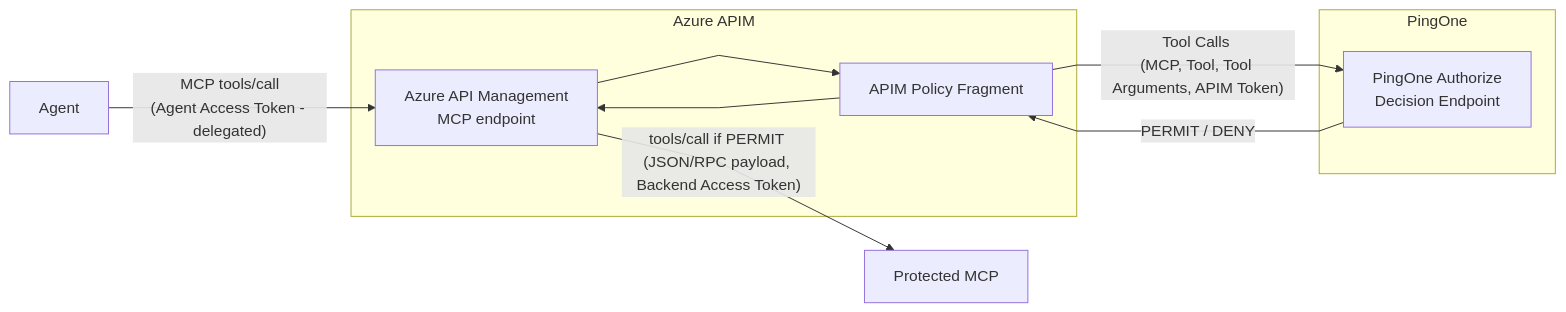
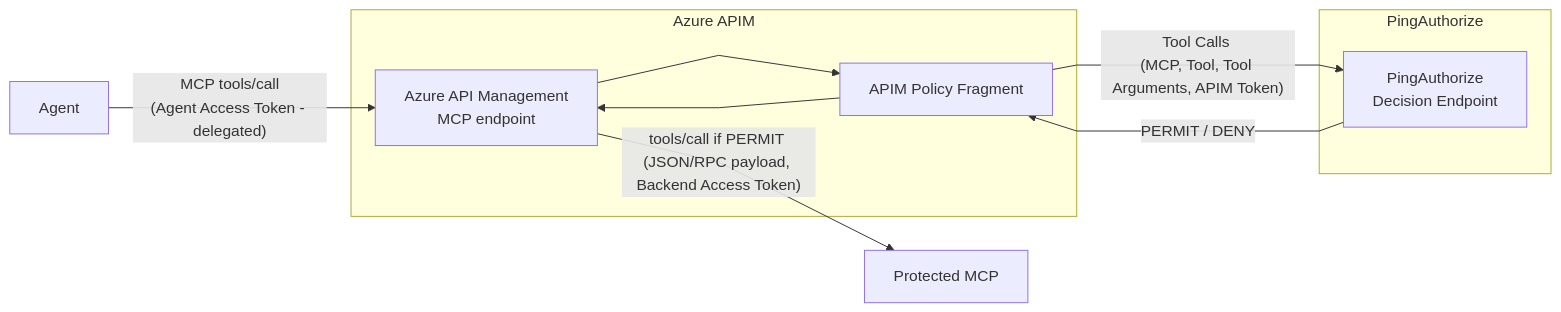
One commit to carbonefederico/blog-content changed the diagram in _posts/2026-08-04-centralizing-mcp-authorization-with-p1authorize-part-1-azure-apim.md. Above: the diagram before and after it, drawn with Mermaid. The commit also changed other lines of this file and 3 other files, not shown here.

````diff
--- a/_posts/2026-08-04-centralizing-mcp-authorization-with-p1authorize-part-1-azure-apim.md
+++ b/_posts/2026-08-04-centralizing-mcp-authorization-with-p1authorize-part-1-azure-apim.md
@@ -55,22 +57,22 @@
 ```mermaid
 %%{init: {'flowchart': {'curve': 'linear'}}}%%
 flowchart LR
     C["Agent"]
     MCP["Protected MCP"]
 
     subgraph AZURE["Azure APIM"]
         APIM["Azure API Management\nMCP endpoint"]
         FRAG["APIM Policy Fragment"]
     end
 
-    subgraph PING["PingOne"]
-        P1AZ["PingOne Authorize\nDecision Endpoint"]
+    subgraph PING["PingAuthorize"]
+        P1AZ["PingAuthorize\nDecision Endpoint"]
     end
 
     C -->|"MCP tools/call\n(Agent Access Token - delegated)"| APIM
     APIM --> FRAG
     FRAG -->|"Tool Calls \n(MCP, Tool, Tool Arguments, APIM Token)"| P1AZ
     P1AZ -->|"PERMIT / DENY"| FRAG
     FRAG --> APIM
     APIM -->|"tools/call if PERMIT \n(JSON/RPC payload, Backend Access Token)"| MCP
 ```
````
